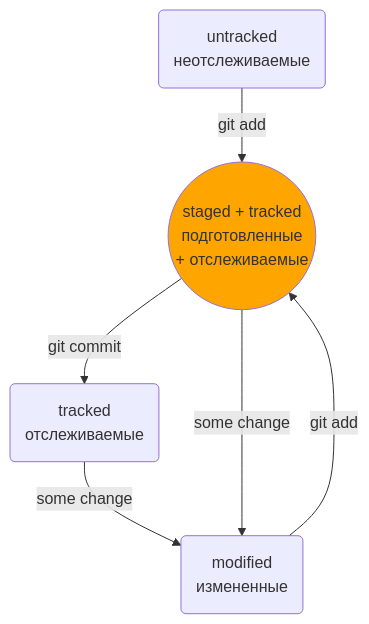
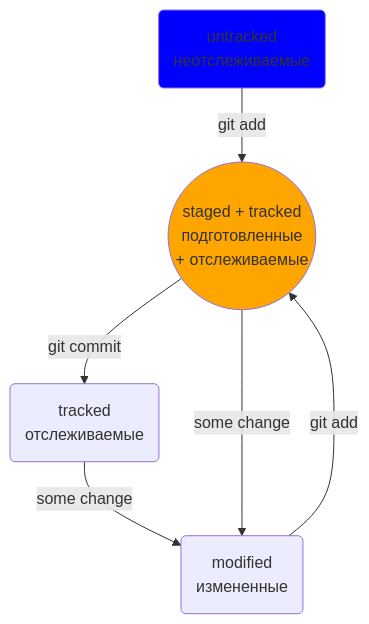
The diagram in README.md (AleksandrVakarin/GitInstructionMermaid), drawn with Mermaid before and after one commit.

````diff
--- a/README.md
+++ b/README.md
@@ -93,15 +93,15 @@
 ```mermaid
 flowchart TD;
 	
 	stgd((staged + tracked<br>подготовленные<br> + отслеживаемые))
 	mdf(modified<br>измененные)
 	untr(untracked<br>неотслеживаемые)
 	trcd(tracked<br>отслеживаемые)
 
 	untr-- git add -->stgd-- git commit -->trcd
 	trcd-- some change -->mdf-- git add --> stgd
 	stgd-- some change -->mdf
 
 	style stgd fill: orange
-	style untr background: yellow
+	style untr fill: blue
 ```
````
